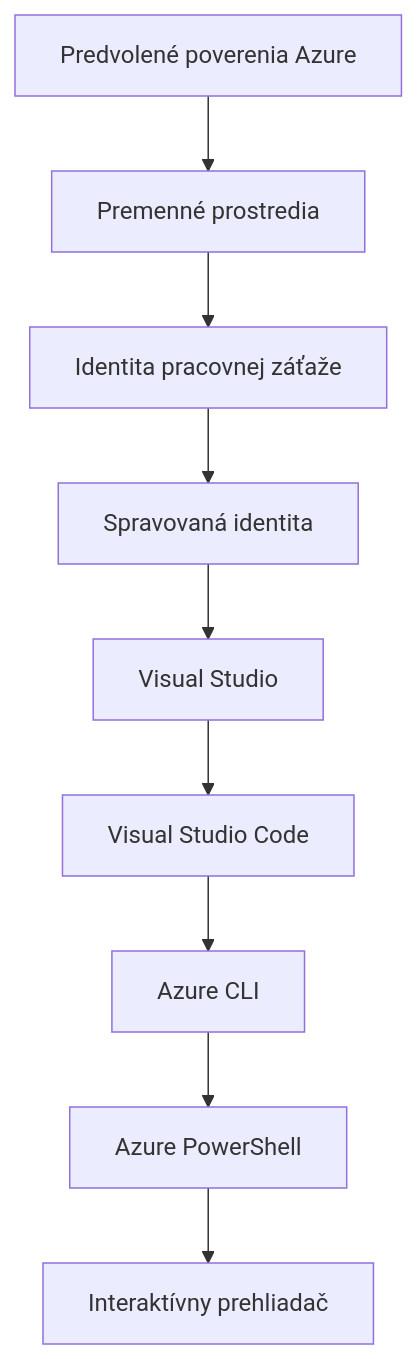
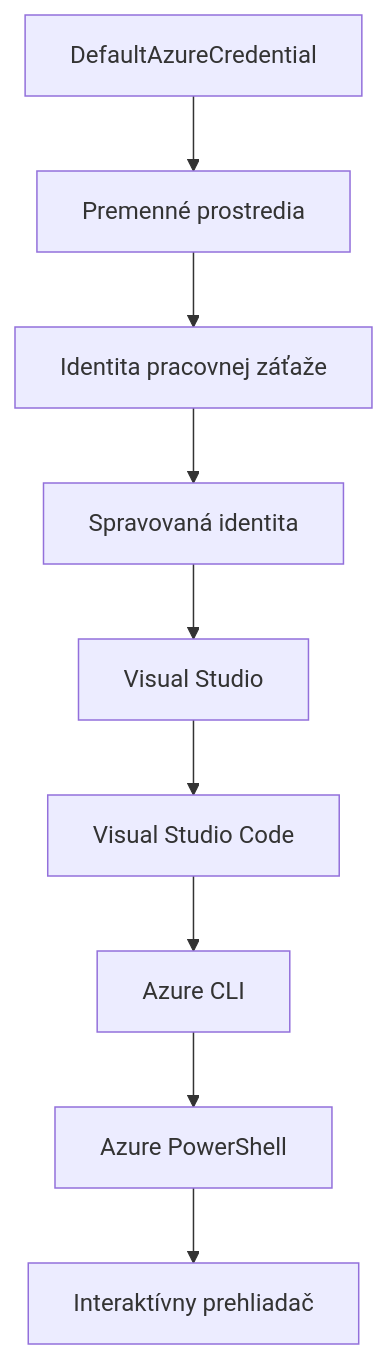
One commit to microsoft/AZD-for-beginners changed the second of 2 diagrams in translations/sk/docs/chapter-01-foundation/azd-basics.md. Above: the diagram before and after it, drawn with Mermaid. The commit also changed other lines of this file and 101 other files, not shown here.

````diff
--- a/translations/sk/docs/chapter-01-foundation/azd-basics.md
+++ b/translations/sk/docs/chapter-01-foundation/azd-basics.md
@@ -593,11 +591,11 @@
 ```mermaid
 graph TD
-    A[Predvolené poverenia Azure] --> B[Premenné prostredia]
+    A[DefaultAzureCredential] --> B[Premenné prostredia]
     B --> C[Identita pracovnej záťaže]
     C --> D[Spravovaná identita]
     D --> E[Visual Studio]
     E --> F[Visual Studio Code]
     F --> G[Azure CLI]
     G --> H[Azure PowerShell]
     H --> I[Interaktívny prehliadač]
 ```
````
